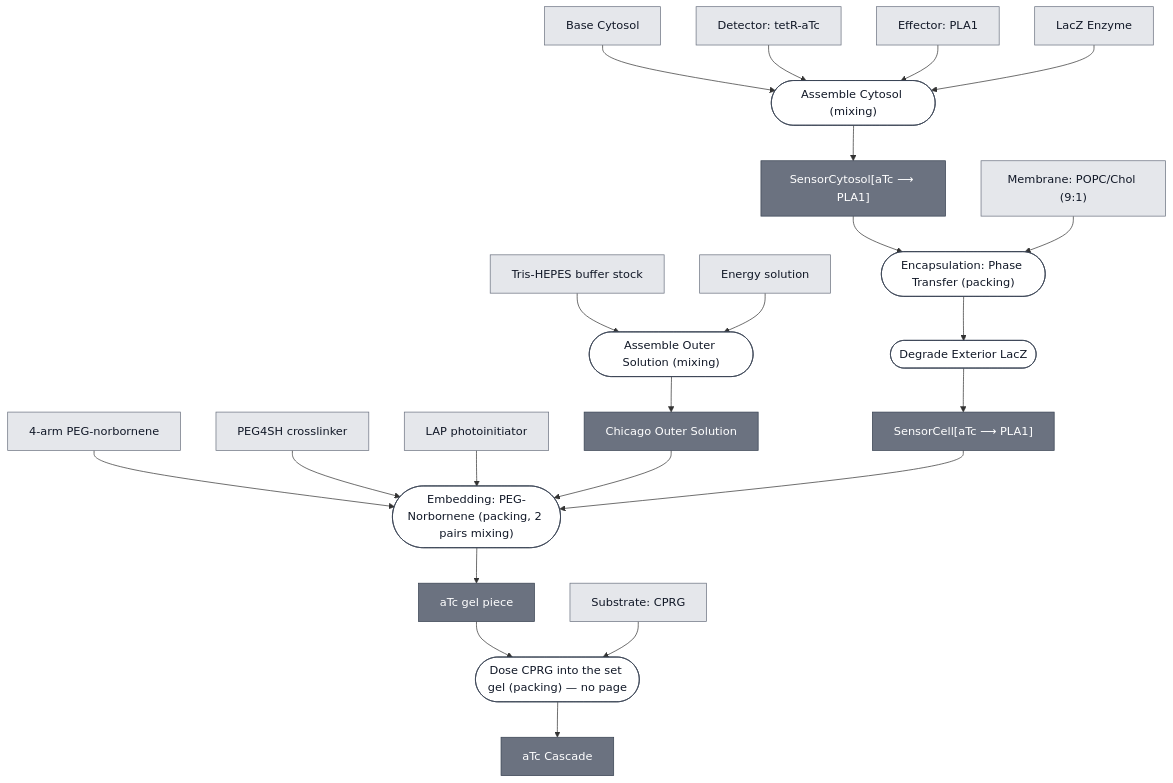
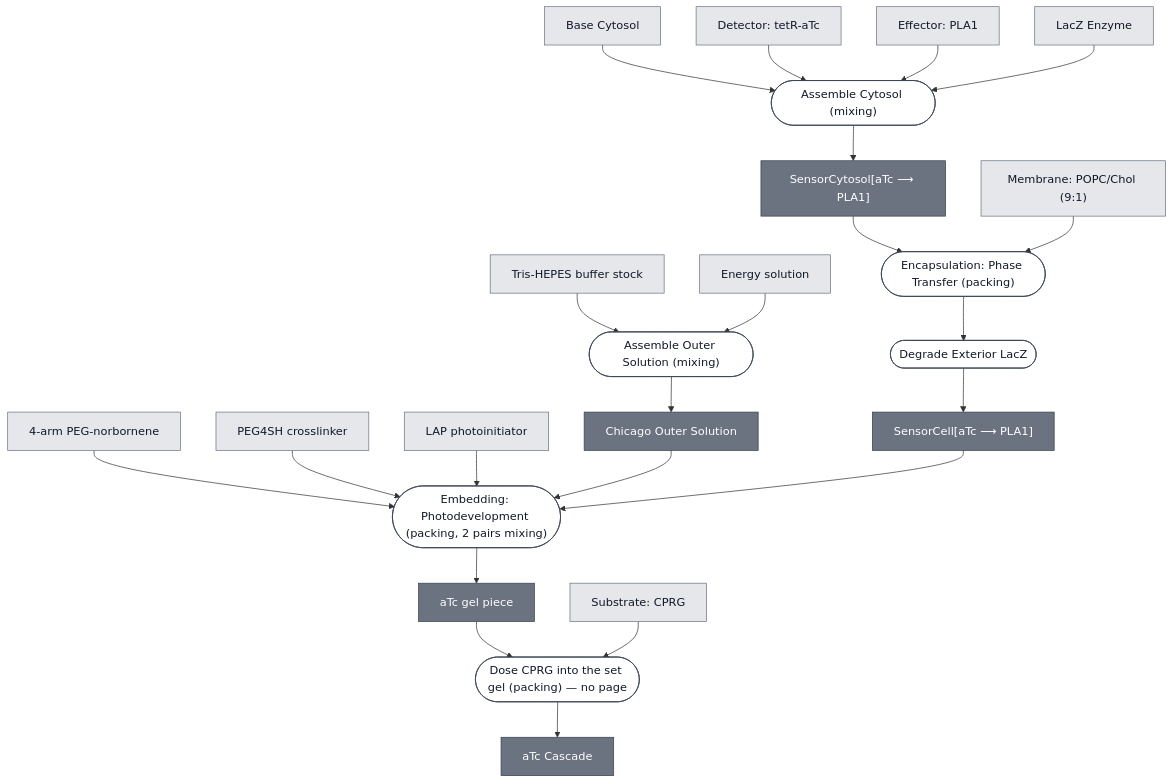
One commit to nucleus-eng/nucleus-docs changed the diagram in docs/modules/atc-cascade/spec.md. Above: the diagram before and after it, drawn with Mermaid. The commit also changed other lines of this file and 50 other files, not shown here.

````diff
--- a/docs/modules/atc-cascade/spec.md
+++ b/docs/modules/atc-cascade/spec.md
@@ -34,77 +34,77 @@
 ```mermaid
 flowchart TD
     BASE_CYTOSOL["Base Cytosol"]
     DETECTOR_TETR_ATC["Detector: tetR-aTc"]
     EFFECTOR_PLA1["Effector: PLA1"]
     REPORTER_LACZ_ENZYME["LacZ Enzyme"]
     MEMBRANE_CHICAGO["Membrane: POPC/Chol (9:1)"]
     SUBSTRATE_CPRG["Substrate: CPRG"]
     TRIS_HEPES_STOCK["Tris-HEPES buffer stock"]
     ENERGY_SOLUTION["Energy solution"]
     PEG_NORBORNENE_MONOMER["4-arm PEG-norbornene"]
     PEG4SH["PEG4SH crosslinker"]
     LAP["LAP photoinitiator"]
 
     P1_ASSEMBLE_OUTER_SOLUTION_0(["Assemble Outer Solution (mixing)"])
     OUTER_SOLUTION_CHICAGO["Chicago Outer Solution"]
     P2_ASSEMBLE_CYTOSOL_0(["Assemble Cytosol (mixing)"])
     ATC_SENSOR_CYTOSOL["SensorCytosol[aTc ⟶ PLA1]"]
     P3_ENCAPSULATE_0(["Encapsulation: Phase Transfer (packing)"])
     P3_ENCAPSULATE_1(["Degrade Exterior LacZ"])
     ATC_SENSING_CELL["SensorCell[aTc ⟶ PLA1]"]
-    P4_PHOTODEVELOP_GEL_0(["Embedding: PEG-Norbornene (packing, 2 pairs mixing)"])
+    P4_EMBED_PHOTODEVELOPMENT_0(["Embedding: Photodevelopment (packing, 2 pairs mixing)"])
     ATC_GEL["aTc gel piece"]
     P5_DOSE_CPRG_0(["Dose CPRG into the set gel (packing) — no page"])
     ATC_CASCADE["aTc Cascade"]
 
     TRIS_HEPES_STOCK --> P1_ASSEMBLE_OUTER_SOLUTION_0
     ENERGY_SOLUTION --> P1_ASSEMBLE_OUTER_SOLUTION_0
     P1_ASSEMBLE_OUTER_SOLUTION_0 --> OUTER_SOLUTION_CHICAGO
 
     BASE_CYTOSOL --> P2_ASSEMBLE_CYTOSOL_0
     DETECTOR_TETR_ATC --> P2_ASSEMBLE_CYTOSOL_0
     EFFECTOR_PLA1 --> P2_ASSEMBLE_CYTOSOL_0
     REPORTER_LACZ_ENZYME --> P2_ASSEMBLE_CYTOSOL_0
     P2_ASSEMBLE_CYTOSOL_0 --> ATC_SENSOR_CYTOSOL
 
     ATC_SENSOR_CYTOSOL --> P3_ENCAPSULATE_0
     MEMBRANE_CHICAGO --> P3_ENCAPSULATE_0
     P3_ENCAPSULATE_0 --> P3_ENCAPSULATE_1
     P3_ENCAPSULATE_1 --> ATC_SENSING_CELL
 
-    PEG_NORBORNENE_MONOMER --> P4_PHOTODEVELOP_GEL_0
-    PEG4SH --> P4_PHOTODEVELOP_GEL_0
-    LAP --> P4_PHOTODEVELOP_GEL_0
-    OUTER_SOLUTION_CHICAGO --> P4_PHOTODEVELOP_GEL_0
-    ATC_SENSING_CELL --> P4_PHOTODEVELOP_GEL_0
-    P4_PHOTODEVELOP_GEL_0 --> ATC_GEL
+    PEG_NORBORNENE_MONOMER --> P4_EMBED_PHOTODEVELOPMENT_0
+    PEG4SH --> P4_EMBED_PHOTODEVELOPMENT_0
+    LAP --> P4_EMBED_PHOTODEVELOPMENT_0
+    OUTER_SOLUTION_CHICAGO --> P4_EMBED_PHOTODEVELOPMENT_0
+    ATC_SENSING_CELL --> P4_EMBED_PHOTODEVELOPMENT_0
+    P4_EMBED_PHOTODEVELOPMENT_0 --> ATC_GEL
 
     ATC_GEL --> P5_DOSE_CPRG_0
     SUBSTRATE_CPRG --> P5_DOSE_CPRG_0
     P5_DOSE_CPRG_0 --> ATC_CASCADE
 
 
     classDef leaf     fill:#e5e7eb,stroke:#6b7280,color:#111827;
     classDef composed fill:#6b7280,stroke:#374151,color:#ffffff;
     classDef process  fill:#ffffff,stroke:#374151,color:#111827;
     class BASE_CYTOSOL,DETECTOR_TETR_ATC,EFFECTOR_PLA1,REPORTER_LACZ_ENZYME,MEMBRANE_CHICAGO,SUBSTRATE_CPRG,TRIS_HEPES_STOCK,ENERGY_SOLUTION,PEG_NORBORNENE_MONOMER,PEG4SH,LAP leaf;
     class OUTER_SOLUTION_CHICAGO,ATC_SENSOR_CYTOSOL,ATC_SENSING_CELL,ATC_GEL,ATC_CASCADE composed;
-    class P1_ASSEMBLE_OUTER_SOLUTION_0,P2_ASSEMBLE_CYTOSOL_0,P3_ENCAPSULATE_0,P3_ENCAPSULATE_1,P4_PHOTODEVELOP_GEL_0,P5_DOSE_CPRG_0 process;
+    class P1_ASSEMBLE_OUTER_SOLUTION_0,P2_ASSEMBLE_CYTOSOL_0,P3_ENCAPSULATE_0,P3_ENCAPSULATE_1,P4_EMBED_PHOTODEVELOPMENT_0,P5_DOSE_CPRG_0 process;
 
     click BASE_CYTOSOL "/docs/modules/base-cytosol/spec"
     click DETECTOR_TETR_ATC "/docs/modules/detector-tetr-atc/spec"
     click EFFECTOR_PLA1 "/docs/modules/effector-pla1/spec"
     click REPORTER_LACZ_ENZYME "/docs/modules/reporter-lacz-enzyme/spec"
     click MEMBRANE_CHICAGO "/docs/modules/membrane-popc-chol-chicago/spec"
     click SUBSTRATE_CPRG "/docs/modules/substrate-cprg/spec"
     click PEG_NORBORNENE_MONOMER "/docs/modules/gel-peg-norbornene/spec"
     click P1_ASSEMBLE_OUTER_SOLUTION_0 "/docs/processes/assemble-outer-solution/main"
     click OUTER_SOLUTION_CHICAGO "/docs/modules/outer-solution-chicago/spec"
     click P2_ASSEMBLE_CYTOSOL_0 "/docs/processes/assemble-cytosol/assemble-cytosol-main"
     click ATC_SENSOR_CYTOSOL "/docs/modules/atc-sensor-cytosol/spec"
     click P3_ENCAPSULATE_0 "/docs/processes/assemble-base-cell/main"
     click P3_ENCAPSULATE_1 "/docs/processes/degrade-exterior-lacz/main"
     click ATC_SENSING_CELL "/docs/modules/atc-sensing-cell/spec"
-    click P4_PHOTODEVELOP_GEL_0 "/docs/processes/embed-peg-norbornene/main"
+    click P4_EMBED_PHOTODEVELOPMENT_0 "/docs/processes/embed-photodevelopment/main"
     click ATC_CASCADE "/docs/modules/atc-cascade/spec"
 ```
````
